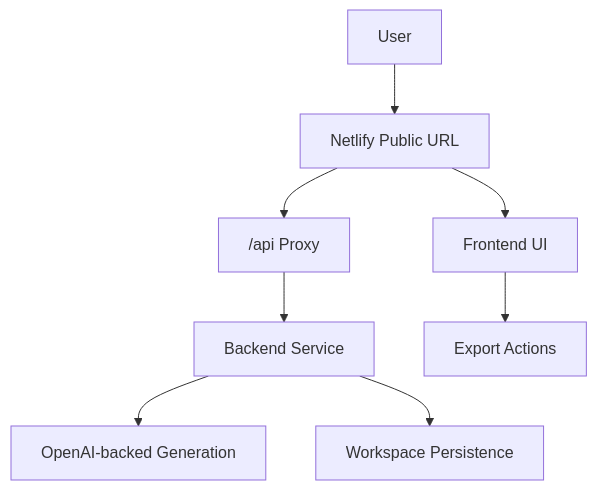
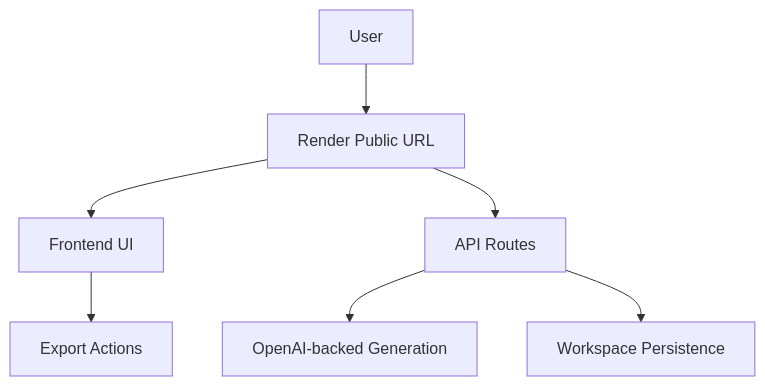
Before and after one commit to agarwalujala3-lang/Atlasiq-Ops-Platform: the second of 2 diagrams in README.md, drawn with Mermaid. The commit also changed other lines of this file and 5 other files, not shown here.

Commit message:
Switch public app URL back to Render

````diff
--- a/README.md
+++ b/README.md
@@ -104,10 +104,9 @@
 ```mermaid
 flowchart TB
-    U["User"] --> N["Netlify Public URL"]
-    N --> F["Frontend UI"]
-    N --> P["/api Proxy"]
-    P --> B["Backend Service"]
-    B --> O["OpenAI-backed Generation"]
-    B --> D["Workspace Persistence"]
+    U["User"] --> R["Render Public URL"]
+    R --> F["Frontend UI"]
+    R --> A["API Routes"]
+    A --> O["OpenAI-backed Generation"]
+    A --> D["Workspace Persistence"]
     F --> E["Export Actions"]
 ```
````
